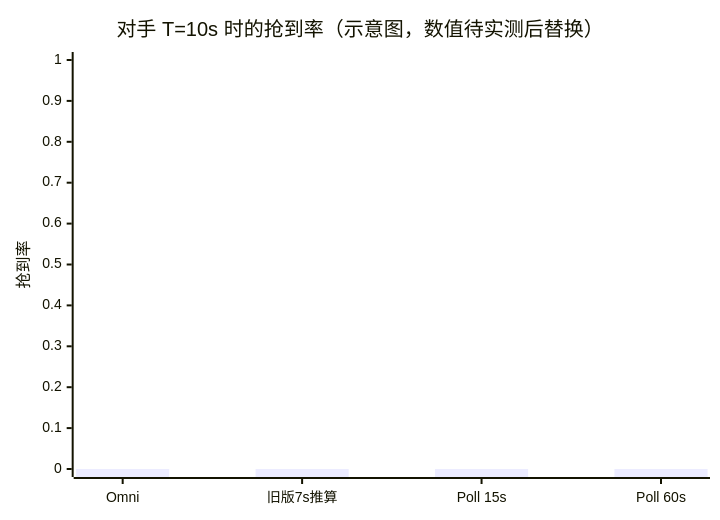
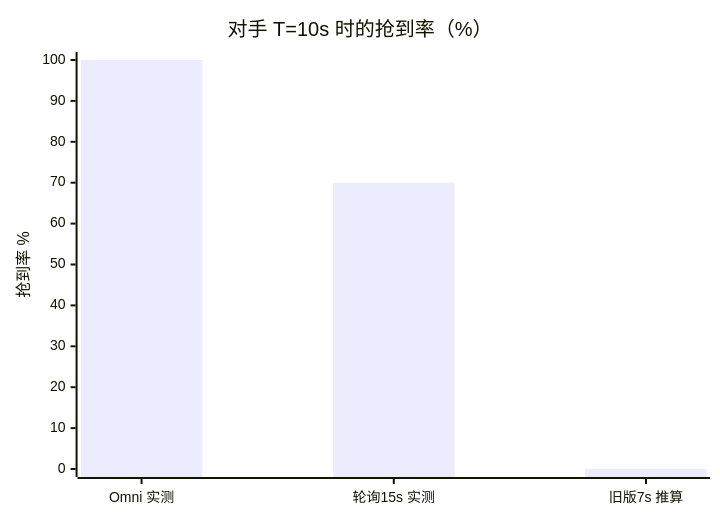
One commit to debugzhao/reactive-hackathon changed the fourth of 5 diagrams in docs/即时结算提款队列-产品与技术方案.md. Above: the diagram before and after it, drawn with Mermaid. The commit also changed other lines of this file and 6 other files, not shown here.

````diff
--- a/docs/即时结算提款队列-产品与技术方案.md
+++ b/docs/即时结算提款队列-产品与技术方案.md
@@ -817,7 +834,7 @@
 ```mermaid
 xychart-beta
-    title "对手 T=10s 时的抢到率（示意图，数值待实测后替换）"
-    x-axis ["Omni", "旧版7s推算", "Poll 15s", "Poll 60s"]
-    y-axis "抢到率" 0 --> 1
-    bar [0, 0, 0, 0]
+    title "对手 T=10s 时的抢到率（%）"
+    x-axis ["Omni 实测", "轮询15s 实测", "旧版7s 推算"]
+    y-axis "抢到率 %" 0 --> 100
+    bar [100, 70, 0]
 ```
````
